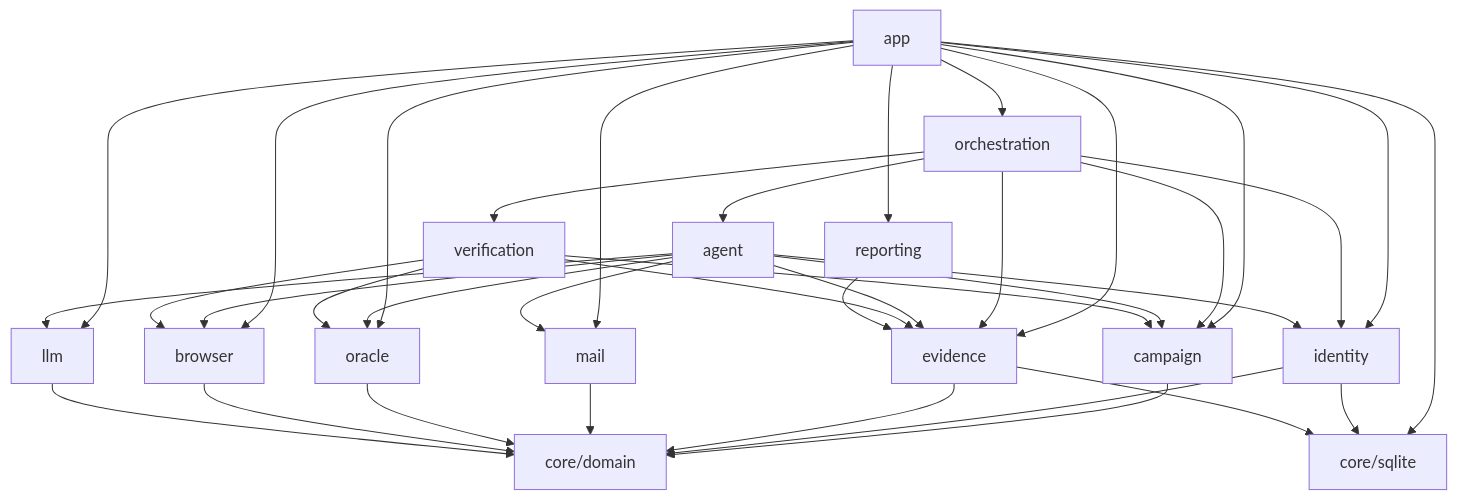
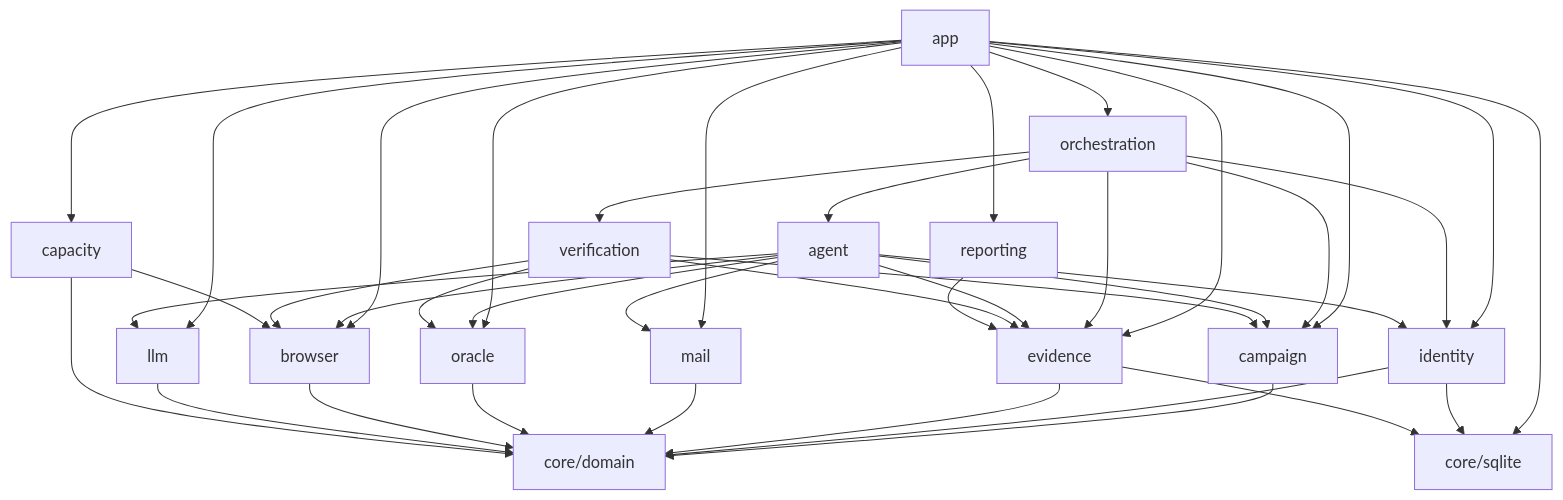
Before and after one commit to aslan564/Petek: the first of 2 diagrams in docs/ARCHITECTURE.md, drawn with Mermaid. The commit also changed other lines of this file and 4 other files, not shown here.

````diff
--- a/docs/ARCHITECTURE.md
+++ b/docs/ARCHITECTURE.md
@@ -31,10 +37,11 @@
 ```mermaid
 flowchart TD
-  app --> orchestration & reporting & llm & mail & oracle & browser & identity & evidence & campaign & sqlite[core/sqlite]
+  app --> orchestration & reporting & capacity & llm & mail & oracle & browser & identity & evidence & campaign & sqlite[core/sqlite]
   orchestration --> agent & verification & identity & evidence & campaign
   agent --> browser & llm & mail & oracle & evidence & identity & campaign
   verification --> browser & oracle & evidence & campaign
   reporting --> evidence
+  capacity --> browser
   identity & evidence --> sqlite
-  campaign & identity & evidence & mail & oracle & browser & llm --> core[core/domain]
+  campaign & identity & evidence & mail & oracle & browser & llm & capacity --> core[core/domain]
 ```
````
